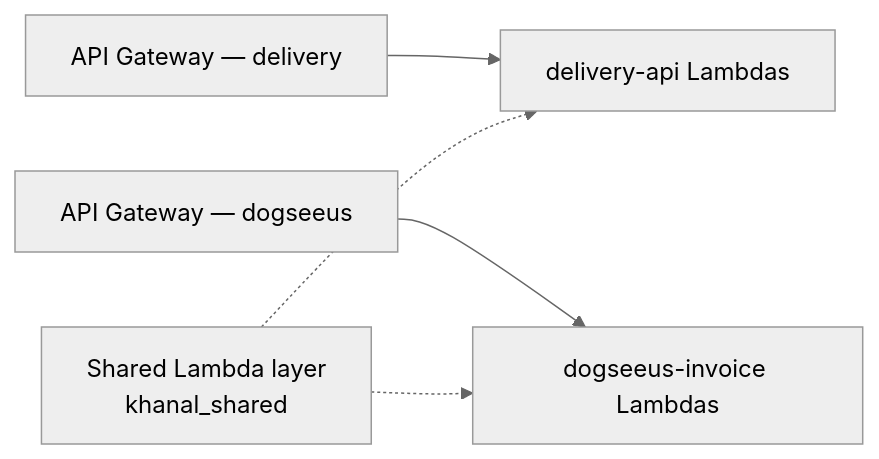
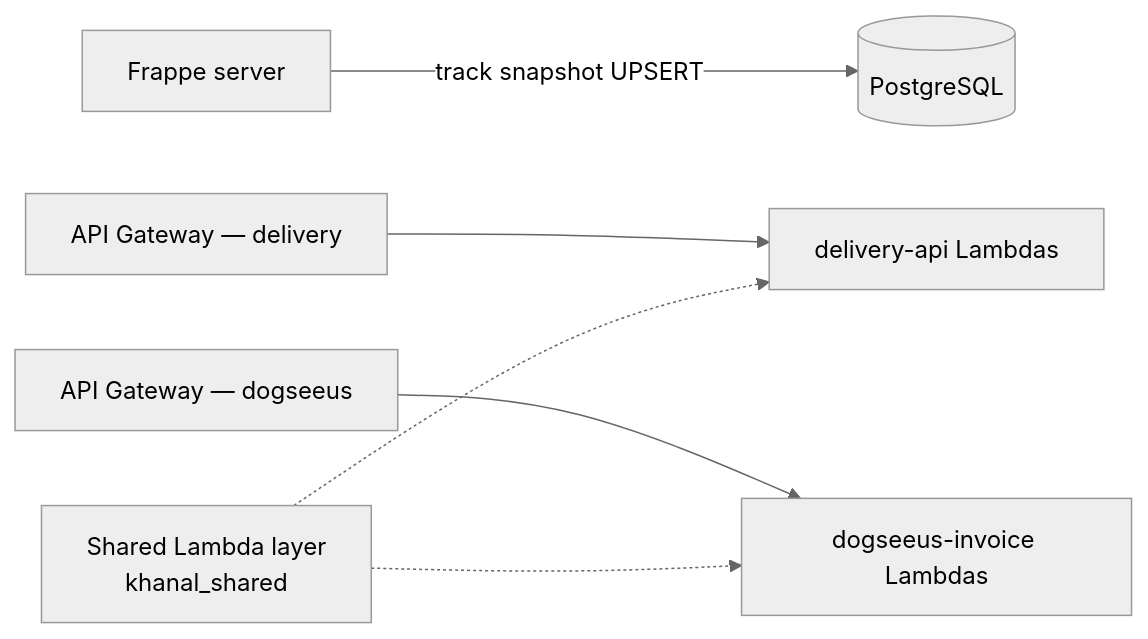
One commit to Harshatest-lab/khanal_tech_integrations changed the first of 2 diagrams in docs/ARCHITECTURE.md. Above: the diagram before and after it, drawn with Mermaid (neutral theme). The commit also changed other lines of this file and 14 other files, not shown here.

````diff
--- a/docs/ARCHITECTURE.md
+++ b/docs/ARCHITECTURE.md
@@ -5,13 +5,16 @@
 ```mermaid
 flowchart LR
+  FRAPPE[Frappe server]
+  PG[(PostgreSQL)]
   APIGW1[API Gateway — delivery]
   APIGW2[API Gateway — dogseeus]
   DEL[delivery-api Lambdas]
   INV[dogseeus-invoice Lambdas]
   LYR[Shared Lambda layer\nkhanal_shared]
 
+  FRAPPE -->|track snapshot UPSERT| PG
   APIGW1 --> DEL
   APIGW2 --> INV
   LYR -.-> DEL
   LYR -.-> INV
 ```
````
